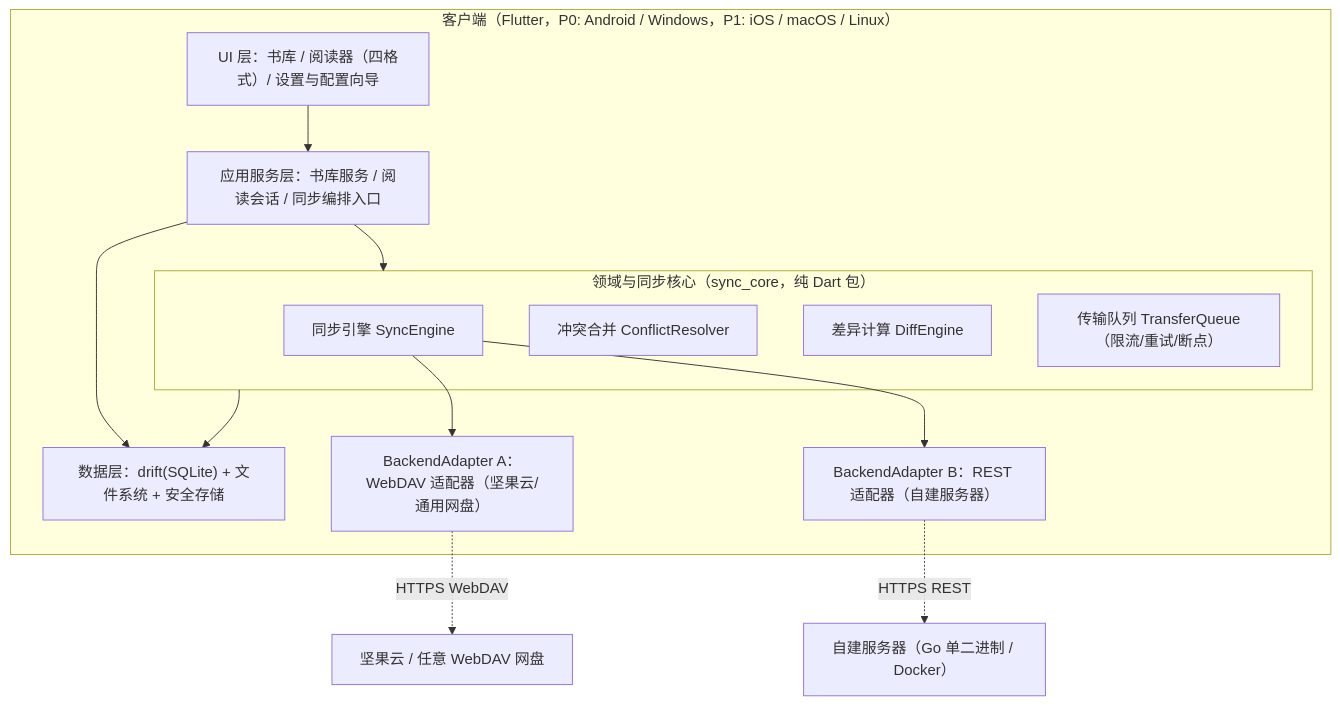
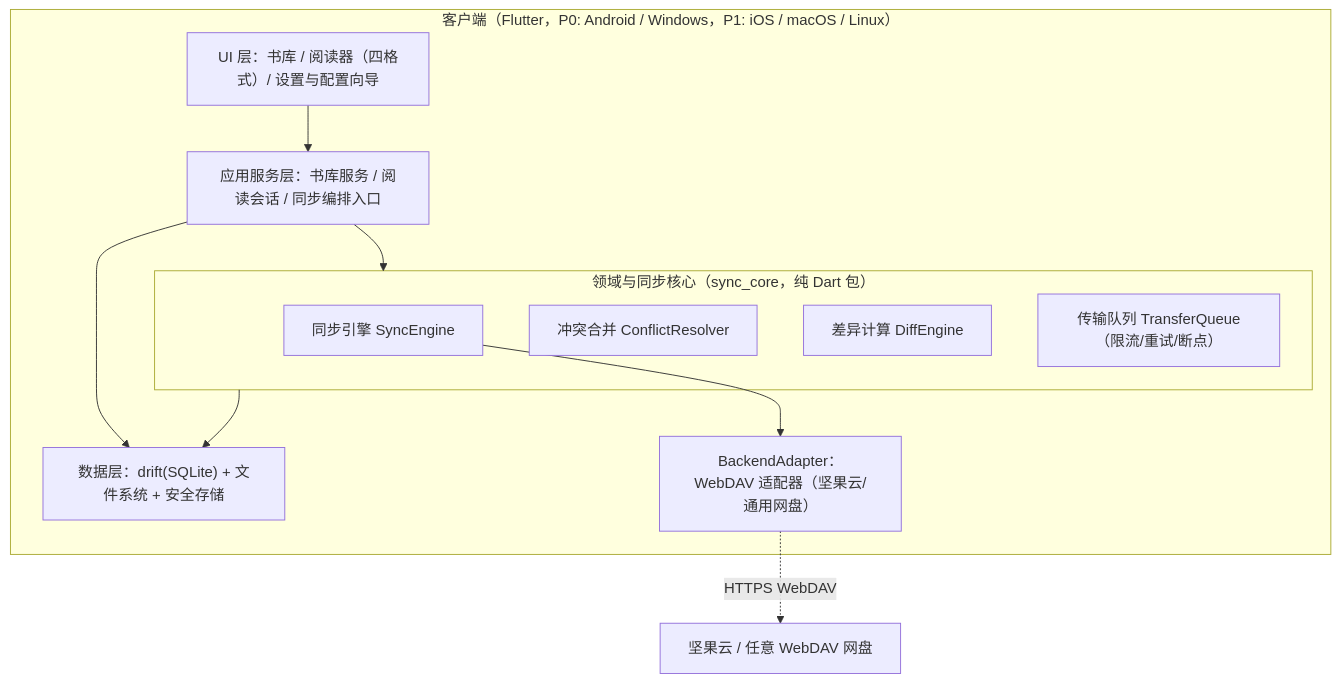
Before and after one commit to No-name0719/sync-reader: the first of 4 diagrams in docs/03-系统架构设计.md, drawn with Mermaid. The commit also changed other lines of this file and 30 other files, not shown here.

````diff
--- a/docs/03-系统架构设计.md
+++ b/docs/03-系统架构设计.md
@@ -9,27 +9,23 @@
 ```mermaid
 flowchart TB
     subgraph Client["客户端（Flutter，P0: Android / Windows，P1: iOS / macOS / Linux）"]
         UI["UI 层：书库 / 阅读器（四格式）/ 设置与配置向导"]
         APP["应用服务层：书库服务 / 阅读会话 / 同步编排入口"]
         subgraph Core["领域与同步核心（sync_core，纯 Dart 包）"]
             SE["同步引擎 SyncEngine"]
             CR["冲突合并 ConflictResolver"]
             DFE["差异计算 DiffEngine"]
             TQ["传输队列 TransferQueue（限流/重试/断点）"]
         end
         DATA["数据层：drift(SQLite) + 文件系统 + 安全存储"]
-        AD1["BackendAdapter A：WebDAV 适配器（坚果云/通用网盘）"]
-        AD2["BackendAdapter B：REST 适配器（自建服务器）"]
+        AD1["BackendAdapter：WebDAV 适配器（坚果云/通用网盘）"]
     end
 
     JC["坚果云 / 任意 WebDAV 网盘"]
-    SRV["自建服务器（Go 单二进制 / Docker）"]
 
     UI --> APP --> Core
     APP --> DATA
     Core --> DATA
     SE --> AD1
-    SE --> AD2
     AD1 -. "HTTPS WebDAV" .-> JC
-    AD2 -. "HTTPS REST" .-> SRV
 ```
````
